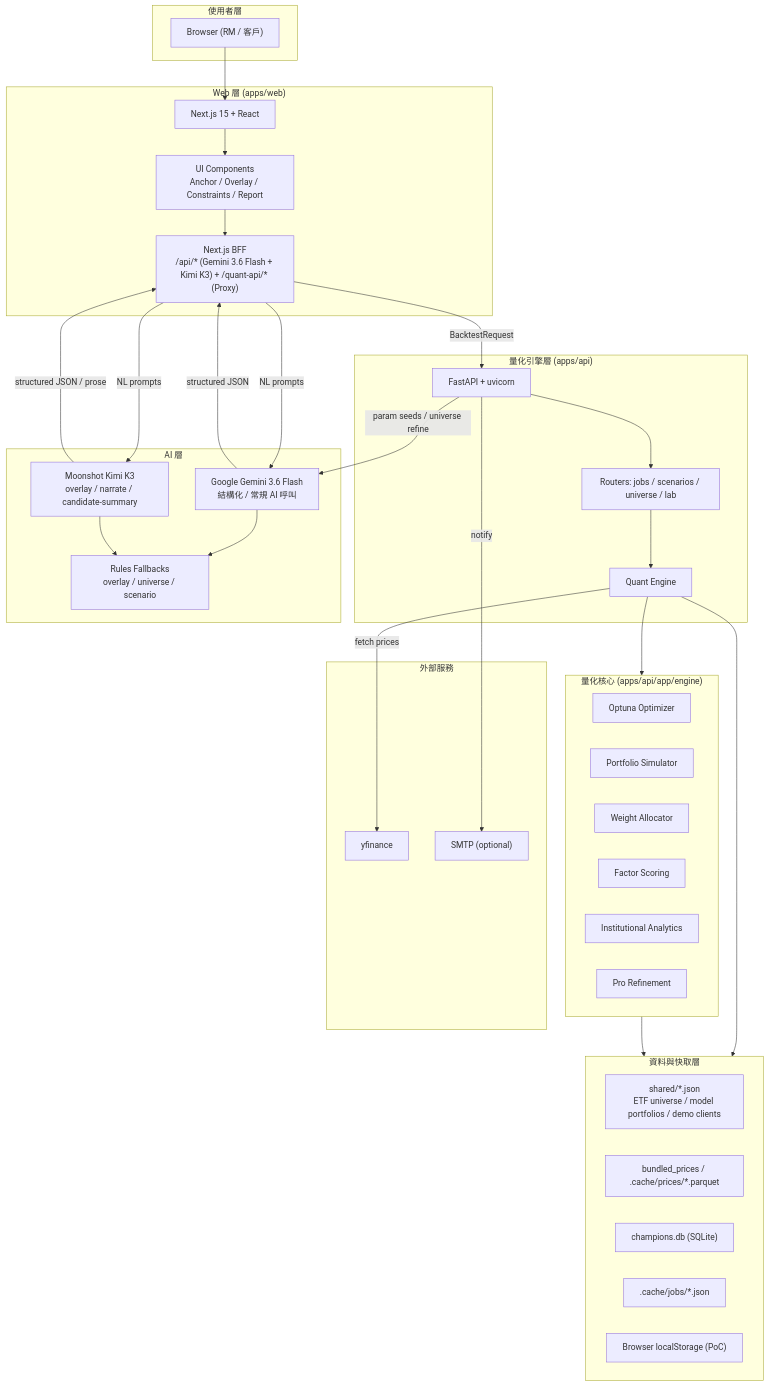
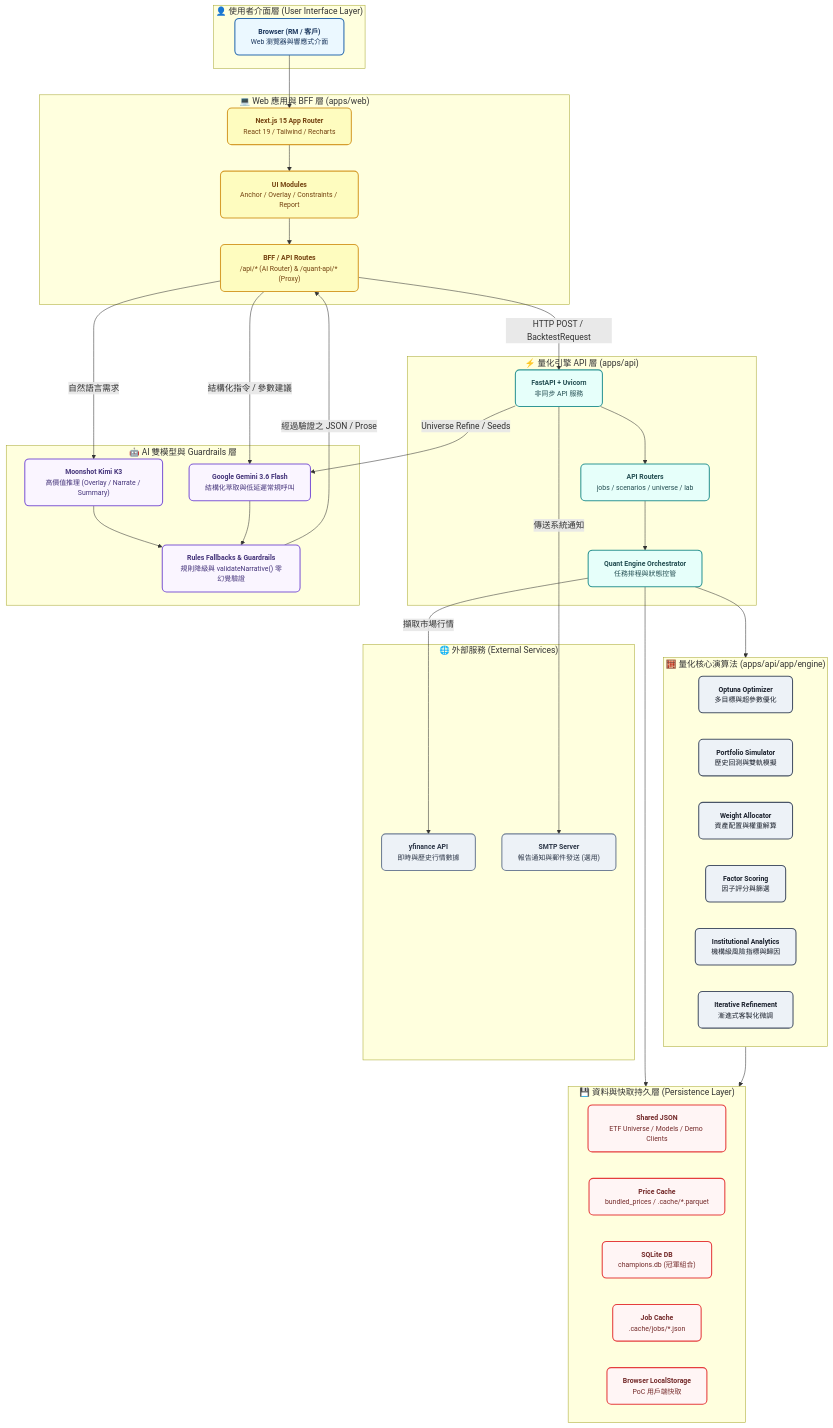
Before and after one commit to jagahow-bot/jasper-ai: the first of 4 diagrams in docs/jasper-ai-architecture.md, drawn with Mermaid. The commit also changed other lines of this file and 4 other files, not shown here.

First line of the commit message:
Fix identical leaderboard rows, add JPG export for architecture diagram, update docs and env templates

````diff
--- a/docs/jasper-ai-architecture.md
+++ b/docs/jasper-ai-architecture.md
@@ -9,68 +12,87 @@
 ```mermaid
 flowchart TB
-    subgraph User["使用者層"]
-        Browser["Browser (RM / 客戶)"]
+    %% Class Definitions for High Legibility & Visual Hierarchy
+    classDef userLayer fill:#EBF8FF,stroke:#2B6CB0,stroke-width:2px,color:#1A365D,font-size:13px,rx:8px,ry:8px;
+    classDef webLayer fill:#FEFCBF,stroke:#D69E2E,stroke-width:2px,color:#744210,font-size:13px,rx:8px,ry:8px;
+    classDef apiLayer fill:#E6FFFA,stroke:#319795,stroke-width:2px,color:#234E52,font-size:13px,rx:8px,ry:8px;
+    classDef quantLayer fill:#EDF2F7,stroke:#4A5568,stroke-width:2px,color:#1A202C,font-size:13px,rx:8px,ry:8px;
+    classDef aiLayer fill:#FAF5FF,stroke:#805AD5,stroke-width:2px,color:#44337A,font-size:13px,rx:8px,ry:8px;
+    classDef dataLayer fill:#FFF5F5,stroke:#E53E3E,stroke-width:2px,color:#742A2A,font-size:13px,rx:8px,ry:8px;
+    classDef extLayer fill:#EDF2F7,stroke:#718096,stroke-width:2px,color:#2D3748,font-size:13px,rx:8px,ry:8px;
+
+    subgraph UserGroup ["👤 使用者介面層 (User Interface Layer)"]
+        Browser["<b>Browser (RM / 客戶)</b><br/>Web 瀏覽器與響應式介面"]
     end
 
-    subgraph Web["Web 層 (apps/web)"]
-        NextJS["Next.js 15 + React"]
-        Components["UI Components<br/>Anchor / Overlay / Constraints / Report"]
-        BFF["Next.js BFF<br/>/api/* (Gemini 3.6 Flash + Kimi K3) + /quant-api/* (Proxy)"]
+    subgraph WebGroup ["💻 Web 應用與 BFF 層 (apps/web)"]
+        NextJS["<b>Next.js 15 App Router</b><br/>React 19 / Tailwind / Recharts"]
+        Components["<b>UI Modules</b><br/>Anchor / Overlay / Constraints / Report"]
+        BFF["<b>BFF / API Routes</b><br/>/api/* (AI Router) & /quant-api/* (Proxy)"]
     end
 
-    subgraph API["量化引擎層 (apps/api)"]
-        FastAPI["FastAPI + uvicorn"]
-        Router["Routers: jobs / scenarios / universe / lab"]
-        Engine["Quant Engine"]
+    subgraph ApiGroup ["⚡ 量化引擎 API 層 (apps/api)"]
+        FastAPI["<b>FastAPI + Uvicorn</b><br/>非同步 API 服務"]
+        Router["<b>API Routers</b><br/>jobs / scenarios / universe / lab"]
+        Engine["<b>Quant Engine Orchestrator</b><br/>任務排程與狀態控管"]
     end
 
-    subgraph QuantCore["量化核心 (apps/api/app/engine)"]
-        Optimizer["Optuna Optimizer"]
-        Portfolio["Portfolio Simulator"]
-        Allocator["Weight Allocator"]
-        Factors["Factor Scoring"]
-        Analytics["Institutional Analytics"]
-        Refinement["Pro Refinement"]
+    subgraph QuantCoreGroup ["🧮 量化核心演算法 (apps/api/app/engine)"]
+        Optimizer["<b>Optuna Optimizer</b><br/>多目標與超參數優化"]
+        Portfolio["<b>Portfolio Simulator</b><br/>歷史回測與雙軌模擬"]
+        Allocator["<b>Weight Allocator</b><br/>資產配置與權重解算"]
+        Factors["<b>Factor Scoring</b><br/>因子評分與篩選"]
+        Analytics["<b>Institutional Analytics</b><br/>機構級風險指標與歸因"]
+        Refinement["<b>Iterative Refinement</b><br/>漸進式客製化微調"]
     end
 
-    subgraph Data["資料與快取層"]
-        Shared["shared/*.json<br/>ETF universe / model portfolios / demo clients"]
-        Parquet["bundled_prices / .cache/prices/*.parquet"]
-        SQLite["champions.db (SQLite)"]
-        JobJSON[".cache/jobs/*.json"]
-        LocalStorage["Browser localStorage (PoC)"]
+    subgraph AiGroup ["🤖 AI 雙模型與 Guardrails 層"]
+        Kimi["<b>Moonshot Kimi K3</b><br/>高價值推理 (Overlay / Narrate / Summary)"]
+        Gemini["<b>Google Gemini 3.6 Flash</b><br/>結構化萃取與低延遲常規呼叫"]
+        Fallback["<b>Rules Fallbacks & Guardrails</b><br/>規則降級與 validateNarrative() 零幻覺驗證"]
     end
 
-    subgraph LLM["AI 層"]
-        Gemini["Google Gemini 3.6 Flash<br/>結構化 / 常規 AI 呼叫"]
-        Kimi["Moonshot Kimi K3<br/>overlay / narrate / candidate-summary"]
-        Fallback["Rules Fallbacks<br/>overlay / universe / scenario"]
+    subgraph DataGroup ["💾 資料與快取持久層 (Persistence Layer)"]
+        Shared["<b>Shared JSON</b><br/>ETF Universe / Models / Demo Clients"]
+        Parquet["<b>Price Cache</b><br/>bundled_prices / .cache/*.parquet"]
+        SQLite["<b>SQLite DB</b><br/>champions.db (冠軍組合)"]
+        JobJSON["<b>Job Cache</b><br/>.cache/jobs/*.json"]
+        LocalStorage["<b>Browser LocalStorage</b><br/>PoC 用戶端快取"]
     end
 
-    subgraph External["外部服務"]
-        YF["yfinance"]
-        SMTP["SMTP (optional)"]
+    subgraph ExtGroup ["🌐 外部服務 (External Services)"]
+        YF["<b>yfinance API</b><br/>即時與歷史行情數據"]
+        SMTP["<b>SMTP Server</b><br/>報告通知與郵件發送 (選用)"]
     end
 
+    %% Connections
     Browser --> NextJS
     NextJS --> Components
     Components --> BFF
-    BFF -->|BacktestRequest| FastAPI
+
+    BFF -->|HTTP POST / BacktestRequest| FastAPI
     FastAPI --> Router
     Router --> Engine
-    Engine --> QuantCore
+    Engine --> QuantCoreGroup
 
-    Engine --> Data
-    QuantCore --> Data
+    BFF -->|自然語言需求| Kimi
+    BFF -->|結構化指令 / 參數建議| Gemini
+    FastAPI -->|Universe Refine / Seeds| Gemini
+    Kimi --> Fallback
+    Gemini --> Fallback
+    Fallback -->|經過驗證之 JSON / Prose| BFF
 
-    BFF -->|NL prompts| Gemini
-    BFF -->|NL prompts| Kimi
-    FastAPI -->|param seeds / universe refine| Gemini
-    Kimi -->|structured JSON / prose| BFF
-    Gemini -->|structured JSON| BFF
-    Gemini --> Fallback
-    Kimi --> Fallback
+    Engine --> DataGroup
+    QuantCoreGroup --> DataGroup
 
-    Engine -->|fetch prices| YF
-    FastAPI -->|notify| SMTP
+    Engine -->|擷取市場行情| YF
+    FastAPI -->|傳送系統通知| SMTP
+
+    %% Apply Classes
+    class Browser userLayer;
+    class NextJS,Components,BFF webLayer;
+    class FastAPI,Router,Engine apiLayer;
+    class Optimizer,Portfolio,Allocator,Factors,Analytics,Refinement quantLayer;
+    class Kimi,Gemini,Fallback aiLayer;
+    class Shared,Parquet,SQLite,JobJSON,LocalStorage dataLayer;
+    class YF,SMTP extLayer;
 ```
````
